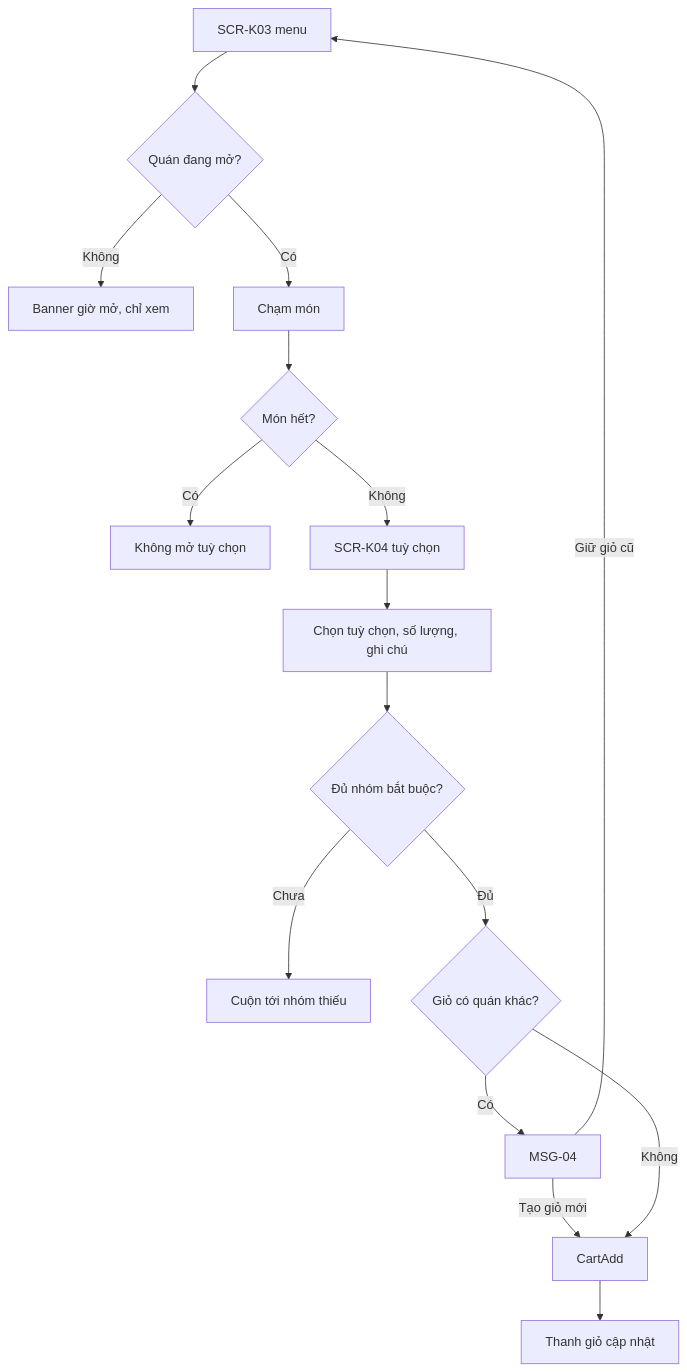
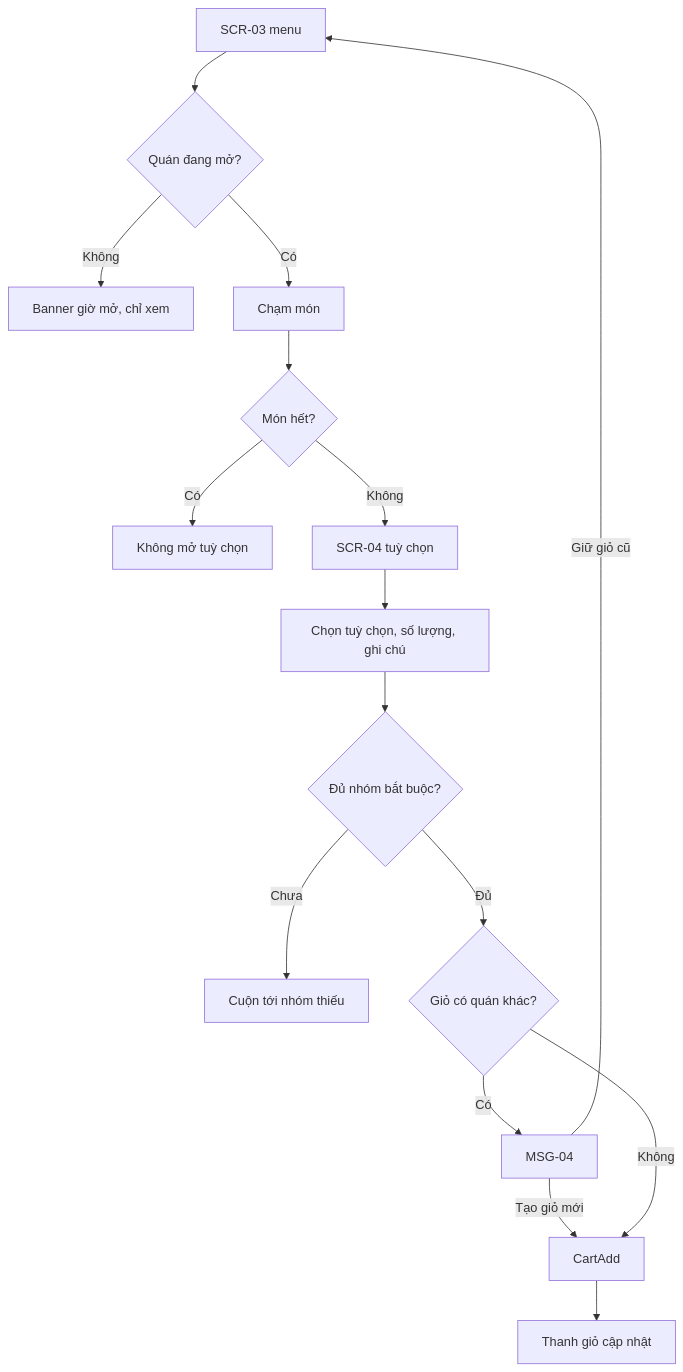
Before and after one commit to uxfoundation-vn/de06-dat-ship-do-an: the sixth of 15 diagrams in docs/SRS.md, drawn with Mermaid. The commit also changed other lines of this file and 2 other files, not shown here.

````diff
--- a/docs/SRS.md
+++ b/docs/SRS.md
@@ -345,18 +274,18 @@
 ```mermaid
 flowchart TD
-  A["SCR-K03 menu"] --> B{"Quán đang mở?"}
+  A["SCR-03 menu"] --> B{"Quán đang mở?"}
   B -->|Không| B1["Banner giờ mở, chỉ xem"]
   B -->|Có| C["Chạm món"]
   C --> D{"Món hết?"}
   D -->|Có| D1["Không mở tuỳ chọn"]
-  D -->|Không| E["SCR-K04 tuỳ chọn"]
+  D -->|Không| E["SCR-04 tuỳ chọn"]
   E --> F["Chọn tuỳ chọn, số lượng, ghi chú"]
   F --> G{"Đủ nhóm bắt buộc?"}
   G -->|Chưa| G1["Cuộn tới nhóm thiếu"]
   G -->|Đủ| H{"Giỏ có quán khác?"}
   H -->|Có| H1["MSG-04"]
   H1 -->|Tạo giỏ mới| I
   H1 -->|Giữ giỏ cũ| A
   H -->|Không| I["CartAdd"]
   I --> J["Thanh giỏ cập nhật"]
 ```
````
